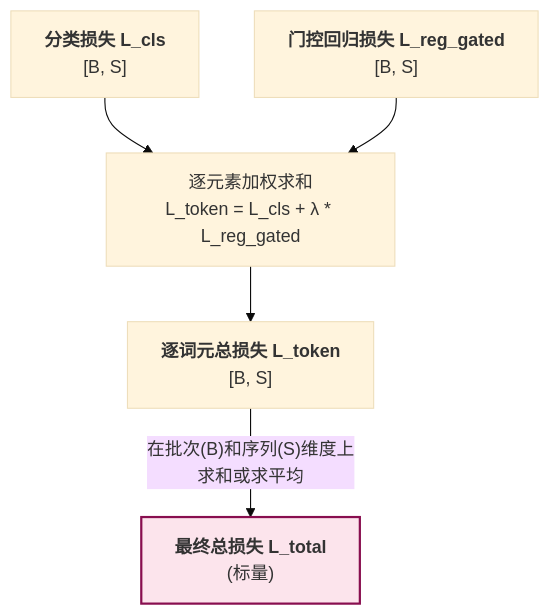
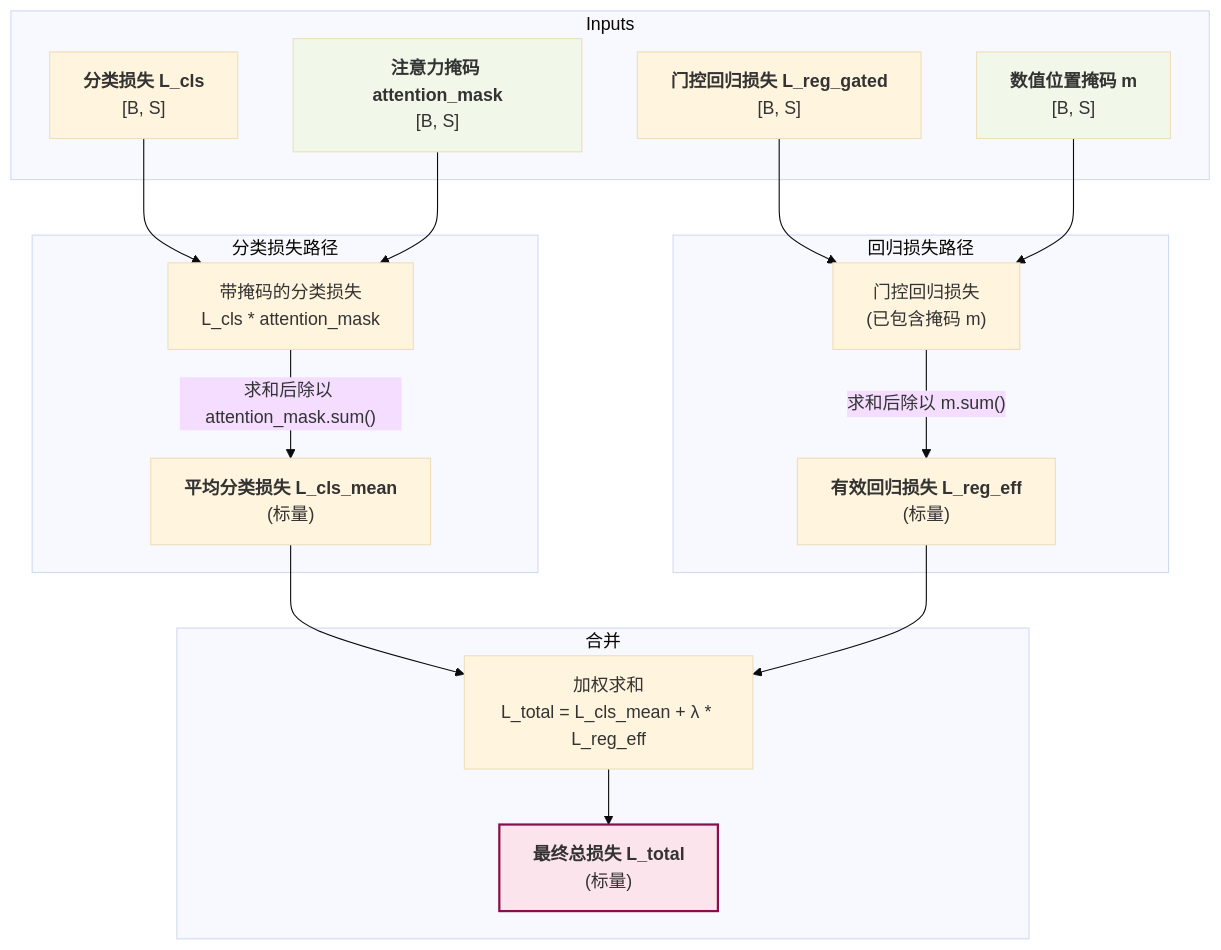
One commit to 1587causalai/CausalQwen changed the seventh of 8 diagrams in design-docs/math/mathematical_foundations.md. Above: the diagram before and after it, drawn with Mermaid (base theme). The commit also changed other lines of this file and 4 other files, not shown here.

````diff
--- a/design-docs/math/mathematical_foundations.md
+++ b/design-docs/math/mathematical_foundations.md
@@ -420,11 +433,28 @@
 ```mermaid
 graph TD
-    A["<b>分类损失 L_cls</b><br>[B, S]"]
-    B["<b>门控回归损失 L_reg_gated</b><br>[B, S]"]
-    C[逐元素加权求和<br>L_token = L_cls + λ * L_reg_gated]
-    A & B --> C
-    C --> D["<b>逐词元总损失 L_token</b><br>[B, S]"]
-    D -- "在批次(B)和序列(S)维度上<br>求和或求平均" --> E
-    E["<b>最终总损失 L_total</b><br>(标量)"]
-    style E fill:#fce4ec,stroke:#880e4f,stroke-width:2px
+    subgraph "Inputs"
+        A["<b>分类损失 L_cls</b><br>[B, S]"]
+        B["<b>门控回归损失 L_reg_gated</b><br>[B, S]"]
+        C["<b>注意力掩码 attention_mask</b><br>[B, S]"]
+        D["<b>数值位置掩码 m</b><br>[B, S]"]
+    end
+
+    subgraph "分类损失路径"
+        A & C --> E["带掩码的分类损失<br>L_cls * attention_mask"]
+        E -- "求和后除以 attention_mask.sum()" --> F["<b>平均分类损失 L_cls_mean</b><br>(标量)"]
+    end
+
+    subgraph "回归损失路径"
+        B & D --> G["门控回归损失<br>(已包含掩码 m)"]
+        G -- "求和后除以 m.sum()" --> H["<b>有效回归损失 L_reg_eff</b><br>(标量)"]
+    end
+
+    subgraph "合并"
+        F & H --> I["加权求和<br>L_total = L_cls_mean + λ * L_reg_eff"]
+        I --> J["<b>最终总损失 L_total</b><br>(标量)"]
+    end
+
+    style J fill:#fce4ec,stroke:#880e4f,stroke-width:2px
+    style C fill:#f1f8e9
+    style D fill:#f1f8e9
 ```
````
